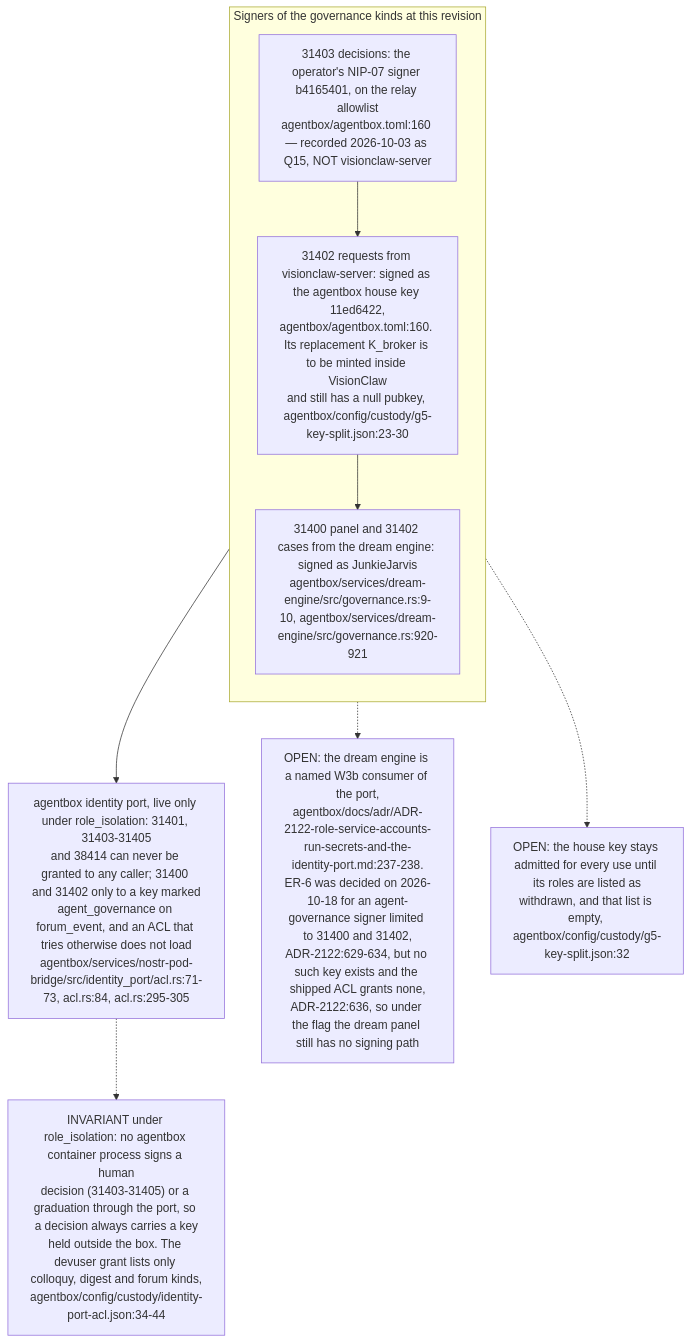
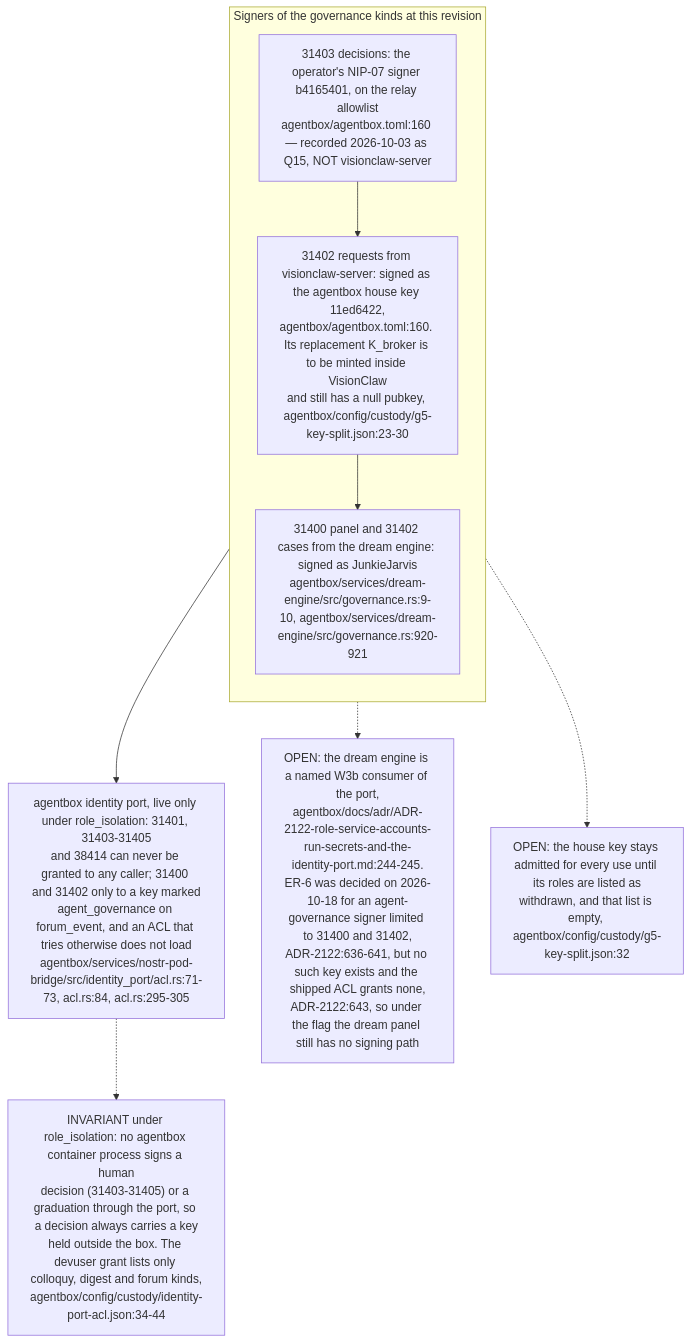
Before and after one commit to DreamLab-AI/VisionFlow: diagram 11 of 12 in docs/diagrams/estate/05-governance-loop-across-estate.md, drawn with Mermaid. The commit also changed other lines of this file and 151 other files, not shown here.

````diff
--- a/docs/diagrams/estate/05-governance-loop-across-estate.md
+++ b/docs/diagrams/estate/05-governance-loop-across-estate.md
@@ -364,15 +364,15 @@
 ```mermaid
 flowchart TB
     subgraph SIGNERS["Signers of the governance kinds at this revision"]
         direction TB
         DEC["31403 decisions: the operator's NIP-07 signer b4165401, on the relay allowlist<br/>agentbox/agentbox.toml:160 — recorded 2026-10-03 as Q15, NOT visionclaw-server"]
         VCS["31402 requests from visionclaw-server: signed as the agentbox house key 11ed6422,<br/>agentbox/agentbox.toml:160. Its replacement K_broker is to be minted inside VisionClaw<br/>and still has a null pubkey, agentbox/config/custody/g5-key-split.json:23-30"]
         JJ["31400 panel and 31402 cases from the dream engine: signed as JunkieJarvis<br/>agentbox/services/dream-engine/src/governance.rs:9-10, agentbox/services/dream-engine/src/governance.rs:920-921"]
         DEC --> VCS --> JJ
     end
     PORT["agentbox identity port, live only under role_isolation: 31401, 31403-31405<br/>and 38414 can never be granted to any caller; 31400 and 31402 only to a key marked<br/>agent_governance on forum_event, and an ACL that tries otherwise does not load<br/>agentbox/services/nostr-pod-bridge/src/identity_port/acl.rs:71-73, acl.rs:84, acl.rs:295-305"]
     SIGNERS --> PORT
     PORT -.-> INV["INVARIANT under role_isolation: no agentbox container process signs a human<br/>decision (31403-31405) or a graduation through the port, so a decision always carries a key<br/>held outside the box. The devuser grant lists only colloquy, digest and forum kinds,<br/>agentbox/config/custody/identity-port-acl.json:34-44"]
-    JJ -.-> TEN["OPEN: the dream engine is a named W3b consumer of the port,<br/>agentbox/docs/adr/ADR-2122-role-service-accounts-run-secrets-and-the-identity-port.md:237-238.<br/>ER-6 was decided on 2026-10-18 for an agent-governance signer limited to 31400 and 31402,<br/>ADR-2122:629-634, but no such key exists and the shipped ACL grants none,<br/>ADR-2122:636, so under the flag the dream panel still has no signing path"]
+    JJ -.-> TEN["OPEN: the dream engine is a named W3b consumer of the port,<br/>agentbox/docs/adr/ADR-2122-role-service-accounts-run-secrets-and-the-identity-port.md:244-245.<br/>ER-6 was decided on 2026-10-18 for an agent-governance signer limited to 31400 and 31402,<br/>ADR-2122:636-641, but no such key exists and the shipped ACL grants none,<br/>ADR-2122:643, so under the flag the dream panel still has no signing path"]
     VCS -.-> OPN["OPEN: the house key stays admitted for every use until its roles are listed as<br/>withdrawn, and that list is empty, agentbox/config/custody/g5-key-split.json:32"]
 ```
````
